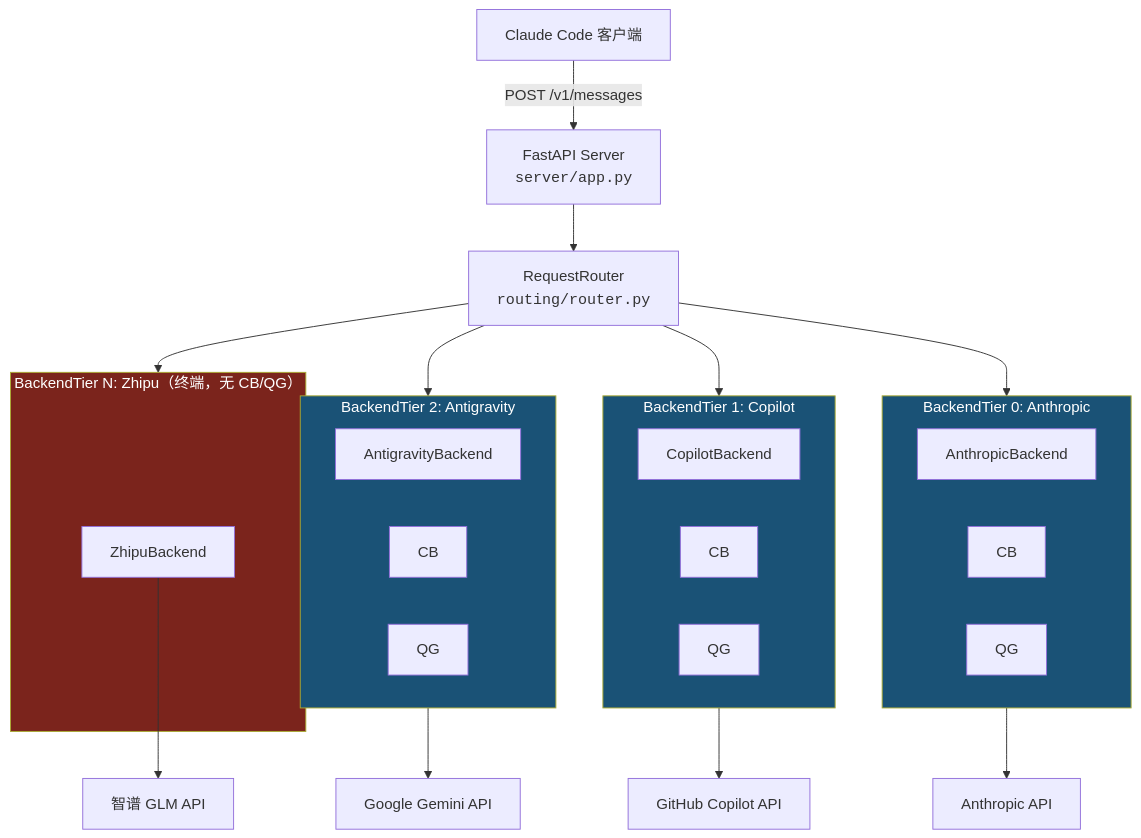
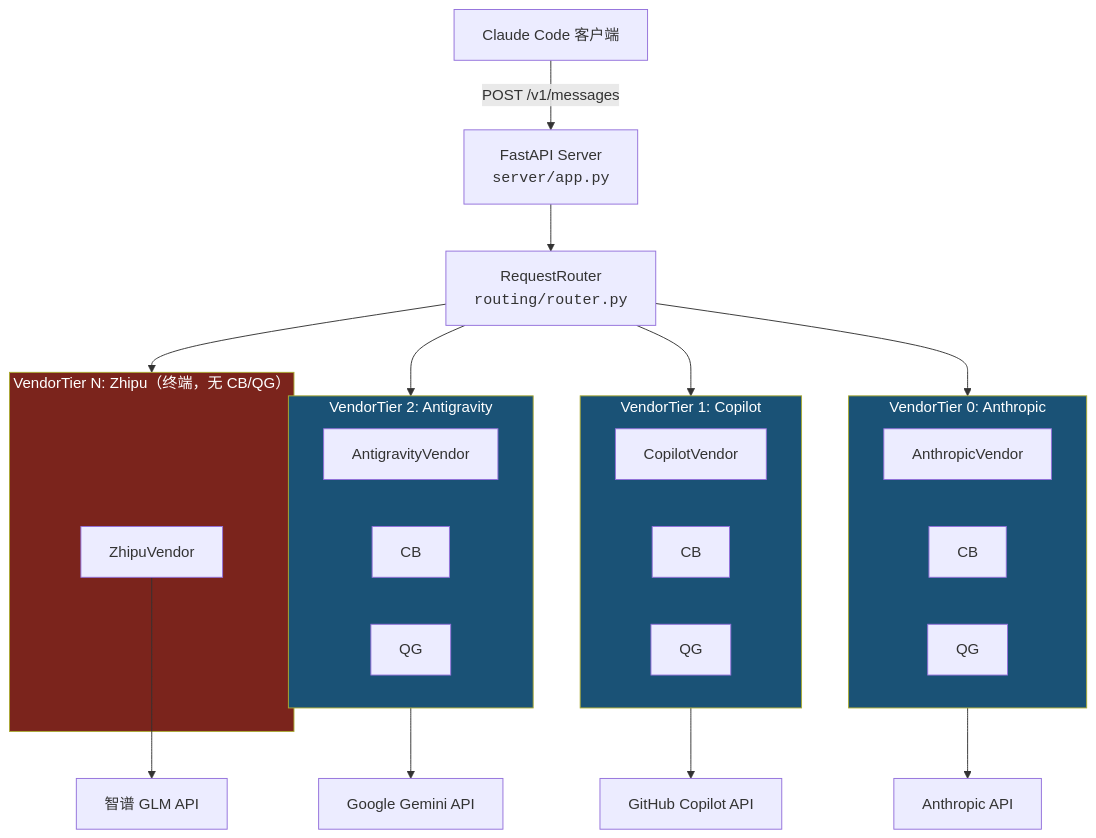
One commit to ThreeFish-AI/coding-proxy changed the diagram in docs/framework.md. Above: the diagram before and after it, drawn with Mermaid. The commit also changed other lines of this file and 53 other files, not shown here.

````diff
--- a/docs/framework.md
+++ b/docs/framework.md
@@ -43,49 +43,49 @@
 ```mermaid
 graph TD
     Client["Claude Code 客户端"]
     Server["FastAPI Server<br/><code>server/app.py</code>"]
     Router["RequestRouter<br/><code>routing/router.py</code>"]
 
     Client -->|"POST /v1/messages"| Server
     Server --> Router
 
     Router --> T0
     Router --> T1
     Router --> T2
     Router --> TN
 
-    subgraph T0["BackendTier 0: Anthropic"]
+    subgraph T0["VendorTier 0: Anthropic"]
         direction LR
-        A_BE["AnthropicBackend"]
+        A_VE["AnthropicVendor"]
         A_CB["CB"]
         A_QG["QG"]
     end
 
-    subgraph T1["BackendTier 1: Copilot"]
+    subgraph T1["VendorTier 1: Copilot"]
         direction LR
-        C_BE["CopilotBackend"]
+        C_VE["CopilotVendor"]
         C_CB["CB"]
         C_QG["QG"]
     end
 
-    subgraph T2["BackendTier 2: Antigravity"]
+    subgraph T2["VendorTier 2: Antigravity"]
         direction LR
-        G_BE["AntigravityBackend"]
+        G_VE["AntigravityVendor"]
         G_CB["CB"]
         G_QG["QG"]
     end
 
-    subgraph TN["BackendTier N: Zhipu（终端，无 CB/QG）"]
-        Z_BE["ZhipuBackend"]
+    subgraph TN["VendorTier N: Zhipu（终端，无 CB/QG）"]
+        Z_VE["ZhipuVendor"]
     end
 
-    A_BE --> API_A["Anthropic API"]
-    C_BE --> API_C["GitHub Copilot API"]
-    G_BE --> API_G["Google Gemini API"]
-    Z_BE --> API_Z["智谱 GLM API"]
+    A_VE --> API_A["Anthropic API"]
+    C_VE --> API_C["GitHub Copilot API"]
+    G_VE --> API_G["Google Gemini API"]
+    Z_VE --> API_Z["智谱 GLM API"]
 
     style T0 fill:#1a5276,color:#fff
     style T1 fill:#1a5276,color:#fff
     style T2 fill:#1a5276,color:#fff
     style TN fill:#7b241c,color:#fff
 ```
````
